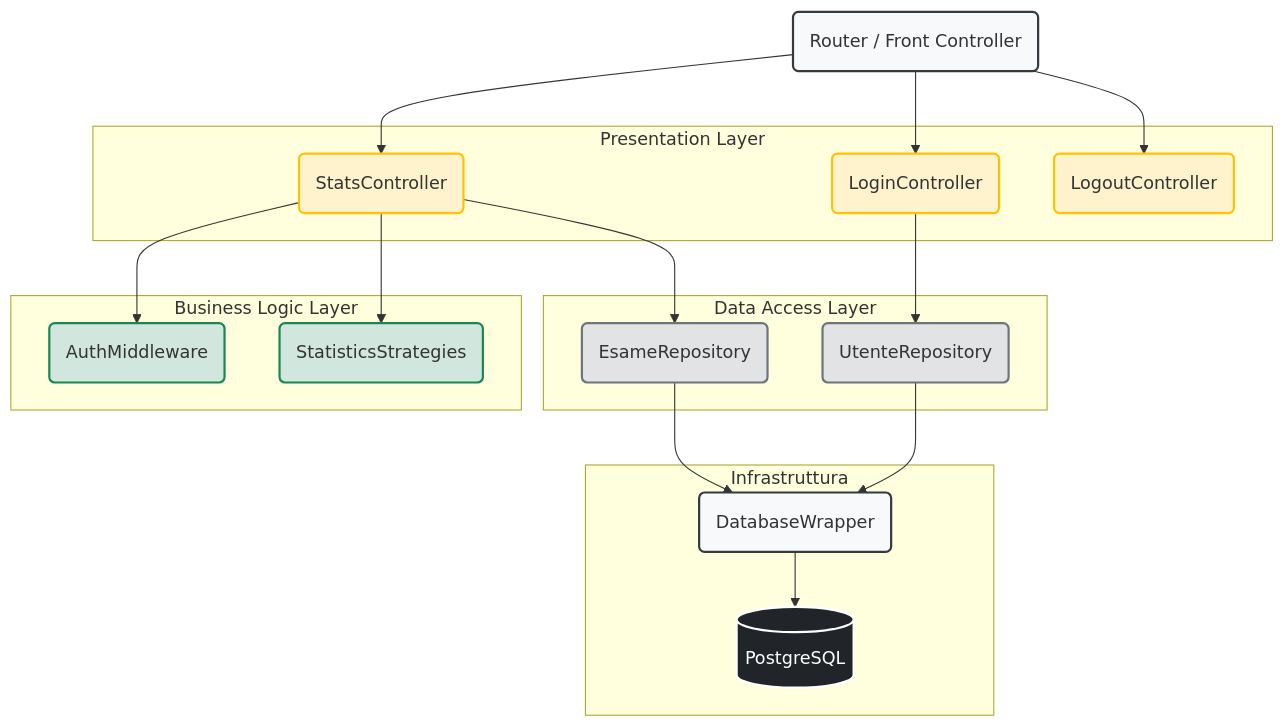
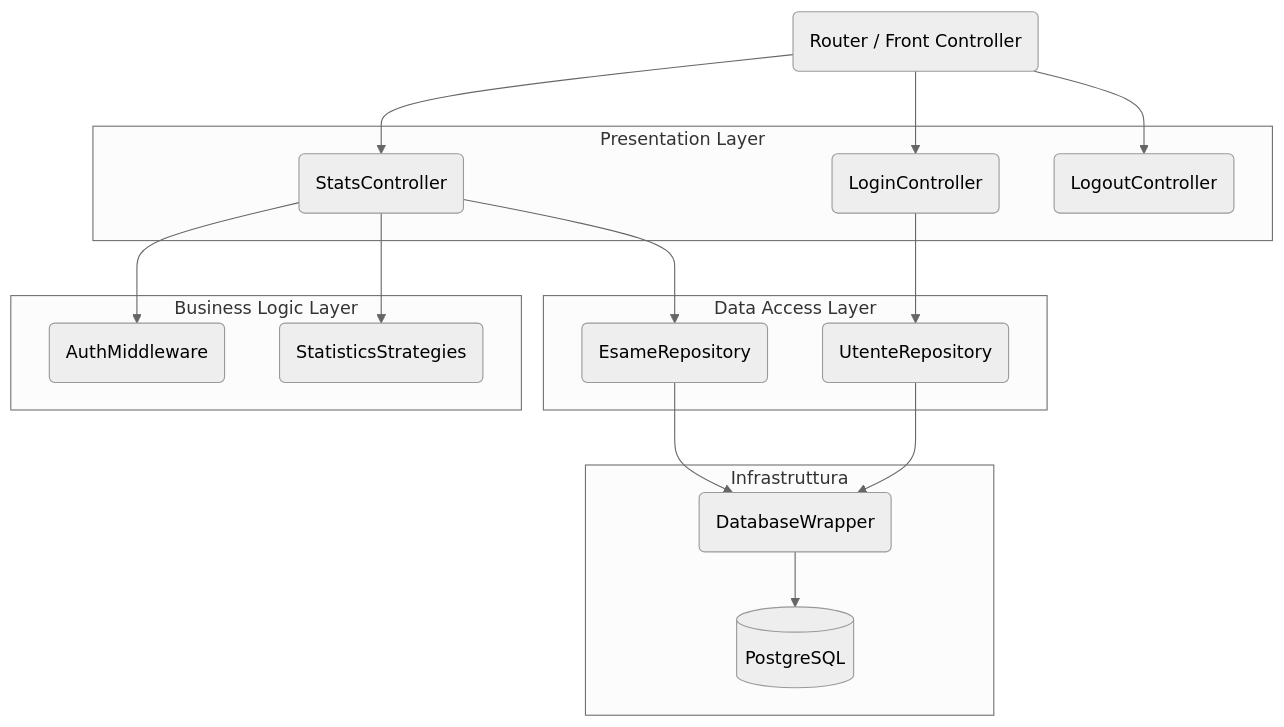
Before and after one commit to frankelfokou/Gestione-esami-universitari: the first of 8 diagrams in README.md, drawn with Mermaid. The commit also changed other lines of this file, not shown here.

Commit message:
readme v4

````diff
--- a/README.md
+++ b/README.md
@@ -266,52 +266,46 @@
 ```mermaid
+%%{init: {'theme': 'neutral'}}%%
 graph TD
-    %% Stili dei nodi per Layer
-    classDef infra fill:#f8f9fa,stroke:#343a40,stroke-width:2px;
-    classDef presentation fill:#fff3cd,stroke:#ffc107,stroke-width:2px;
-    classDef business fill:#d1e7dd,stroke:#198754,stroke-width:2px;
-    classDef data fill:#e2e3e5,stroke:#6c757d,stroke-width:2px;
-    classDef db fill:#212529,stroke:#ffffff,stroke-width:2px,color:#fff;
-
     %% Nodo Router
-    ROUTER("Router / Front Controller"):::infra
+    ROUTER("Router / Front Controller")
 
     %% Layer Presentazione
     subgraph PresentationLayer [Presentation Layer]
-        STATS("StatsController"):::presentation
-        LOGIN("LoginController"):::presentation
-        LOGOUT("LogoutController"):::presentation
+        STATS("StatsController")
+        LOGIN("LoginController")
+        LOGOUT("LogoutController")
     end
 
     %% Layer Logica
     subgraph BusinessLayer [Business Logic Layer]
-        AUTH("AuthMiddleware"):::business
-        STRAT("StatisticsStrategies"):::business
+        AUTH("AuthMiddleware")
+        STRAT("StatisticsStrategies")
     end
 
     %% Layer Dati
     subgraph DataLayer [Data Access Layer]
-        REPO_E("EsameRepository"):::data
-        REPO_U("UtenteRepository"):::data
+        REPO_E("EsameRepository")
+        REPO_U("UtenteRepository")
     end
 
     %% Infrastruttura
     subgraph InfrastructureLayer [Infrastruttura]
-        DB_WRAP("DatabaseWrapper"):::infra
-        DB[("PostgreSQL")]:::db
+        DB_WRAP("DatabaseWrapper")
+        DB[("PostgreSQL")]
     end
 
     %% Relazioni
     ROUTER --> STATS
     ROUTER --> LOGIN
     ROUTER --> LOGOUT
 
     STATS --> AUTH
     STATS --> STRAT
     STATS --> REPO_E
 
     LOGIN --> REPO_U
   
     REPO_E --> DB_WRAP
     REPO_U --> DB_WRAP
     DB_WRAP --> DB
 ```
````
